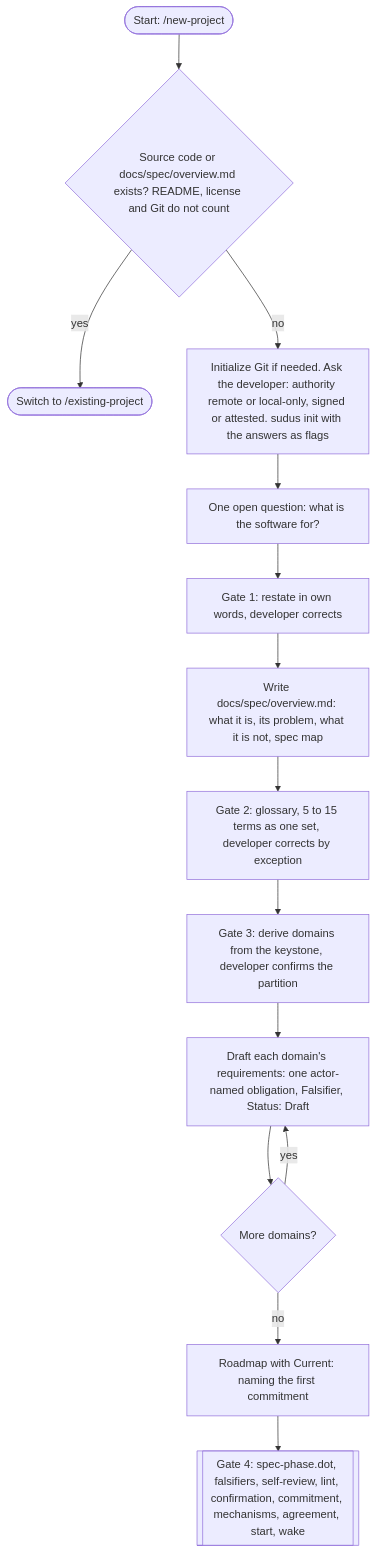
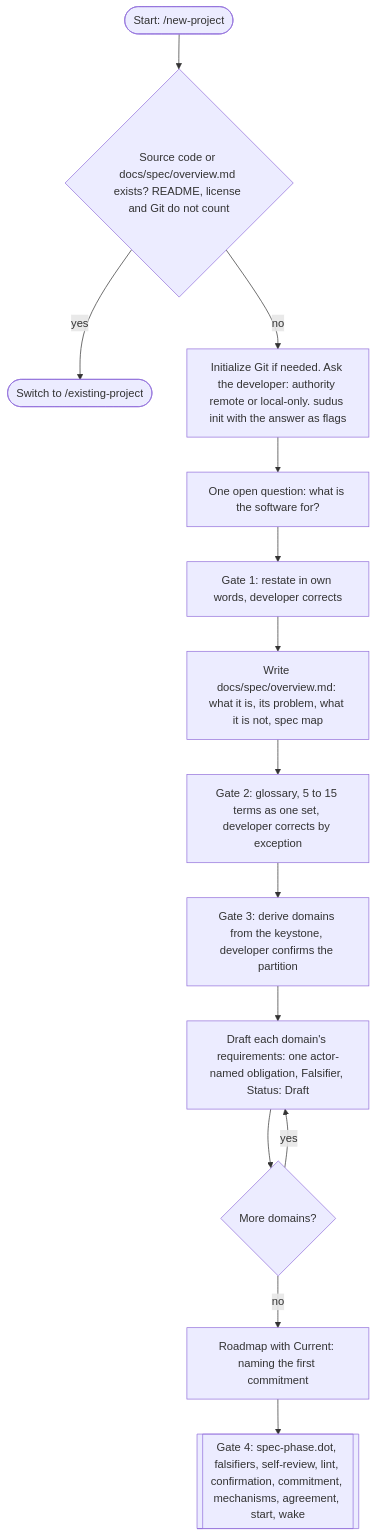
Before and after one commit to eas4ai/cairn: the first of 6 diagrams in docs/manual.md, drawn with Mermaid. The commit also changed other lines of this file and 11 other files, not shown here.

````diff
--- a/docs/manual.md
+++ b/docs/manual.md
@@ -92,30 +93,30 @@
 ```mermaid
 flowchart TB
   start(["Start: /new-project"])
   exists{"Source code or docs/spec/overview.md exists? README, license and Git do not count"}
   switch(["Switch to /existing-project"])
-  init["Initialize Git if needed. Ask the developer: authority remote or local-only, signed or attested. sudus init with the answers as flags"]
+  init["Initialize Git if needed. Ask the developer: authority remote or local-only. sudus init with the answer as flags"]
   ask["One open question: what is the software for?"]
   restate["Gate 1: restate in own words, developer corrects"]
   keystone["Write docs/spec/overview.md: what it is, its problem, what it is not, spec map"]
   glossary["Gate 2: glossary, 5 to 15 terms as one set, developer corrects by exception"]
   partition["Gate 3: derive domains from the keystone, developer confirms the partition"]
   draft["Draft each domain's requirements: one actor-named obligation, Falsifier, Status: Draft"]
   more{"More domains?"}
   roadmap["Roadmap with Current: naming the first commitment"]
   tail[["Gate 4: spec-phase.dot, falsifiers, self-review, lint, confirmation, commitment, mechanisms, agreement, start, wake"]]
 
   start --> exists
   exists -->|"yes"| switch
   exists -->|"no"| init
   init --> ask
   ask --> restate
   restate --> keystone
   keystone --> glossary
   glossary --> partition
   partition --> draft
   draft --> more
   more -->|"yes"| draft
   more -->|"no"| roadmap
   roadmap --> tail
 ```
````
